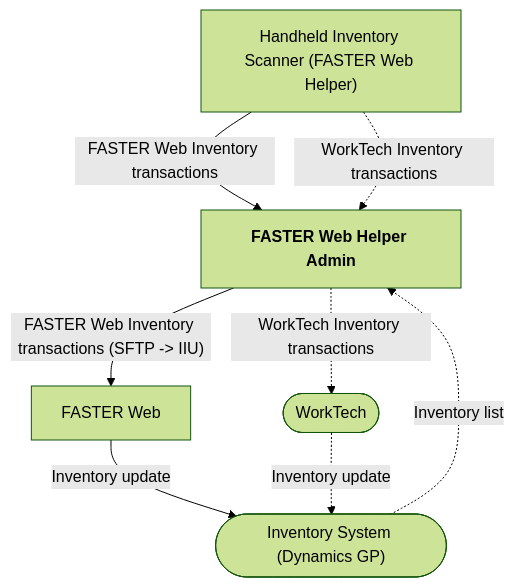
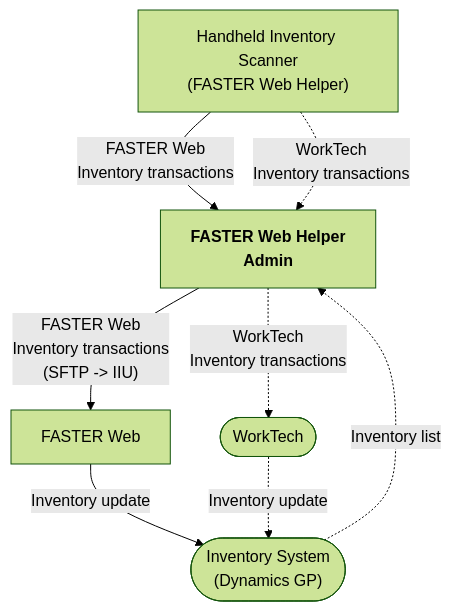
One commit to cityssm/faster-web-helper changed the diagram in modules/inventoryScanner/README.md. Above: the diagram before and after it, drawn with Mermaid (forest theme).

Commit message:
line breaks

````diff
--- a/modules/inventoryScanner/README.md
+++ b/modules/inventoryScanner/README.md
@@ -29,19 +29,19 @@
 ```mermaid
 flowchart
-    scanner["Handheld Inventory Scanner (FASTER Web Helper)"]
-    helper["`**FASTER Web Helper Admin**`"]
-    inventory(["Inventory System (Dynamics GP)"])
+    scanner["Handheld Inventory Scanner<br />(FASTER Web Helper)"]
+    helper["`**FASTER Web Helper<br />Admin**`"]
+    inventory(["Inventory System<br />(Dynamics GP)"])
     faster["FASTER Web"]
     worktech([WorkTech])
 
-    scanner-->|FASTER Web Inventory transactions|helper
-    scanner-.->|WorkTech Inventory transactions|helper
+    scanner-->|FASTER Web<br />Inventory transactions|helper
+    scanner-.->|WorkTech<br />Inventory transactions|helper
 
     inventory-.->|Inventory list|helper
 
-    helper-->|"FASTER Web Inventory transactions (SFTP -> IIU)"|faster
-    helper-.->|WorkTech Inventory transactions|worktech
+    helper-->|"FASTER Web<br />Inventory transactions<br />(SFTP -> IIU)"|faster
+    helper-.->|WorkTech<br />Inventory transactions|worktech
 
     faster-->|Inventory update|inventory
     worktech-.->|Inventory update|inventory
 ```
````
